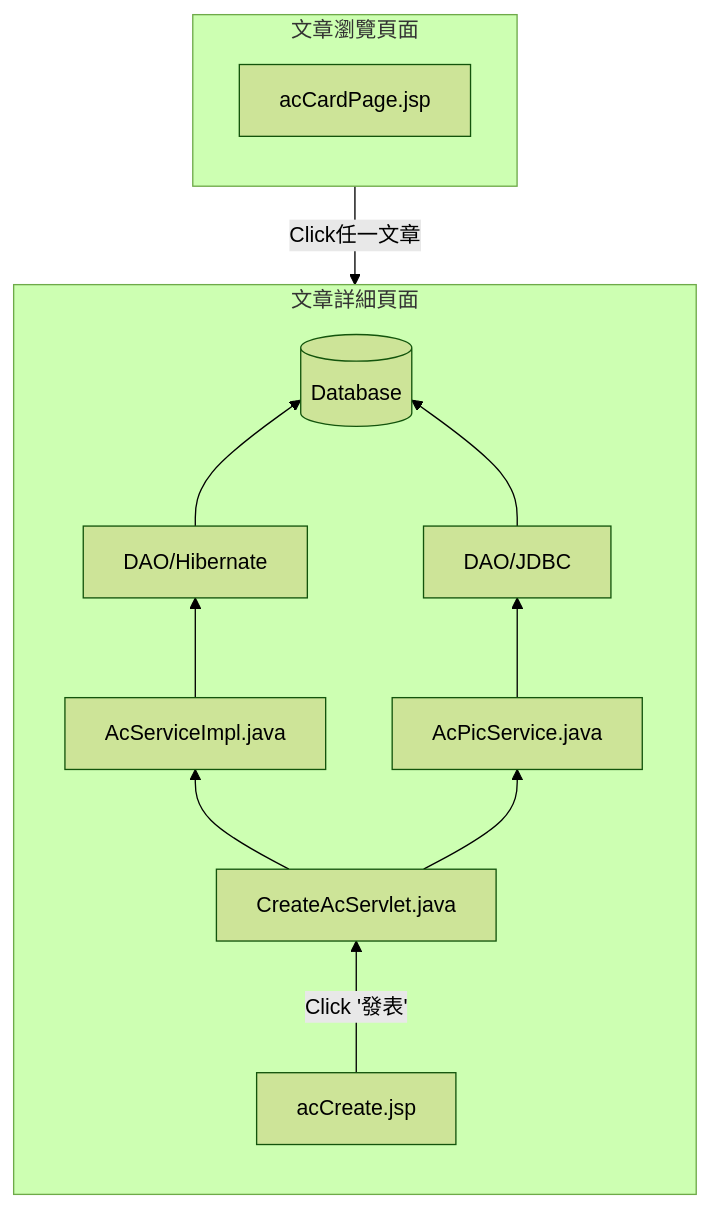
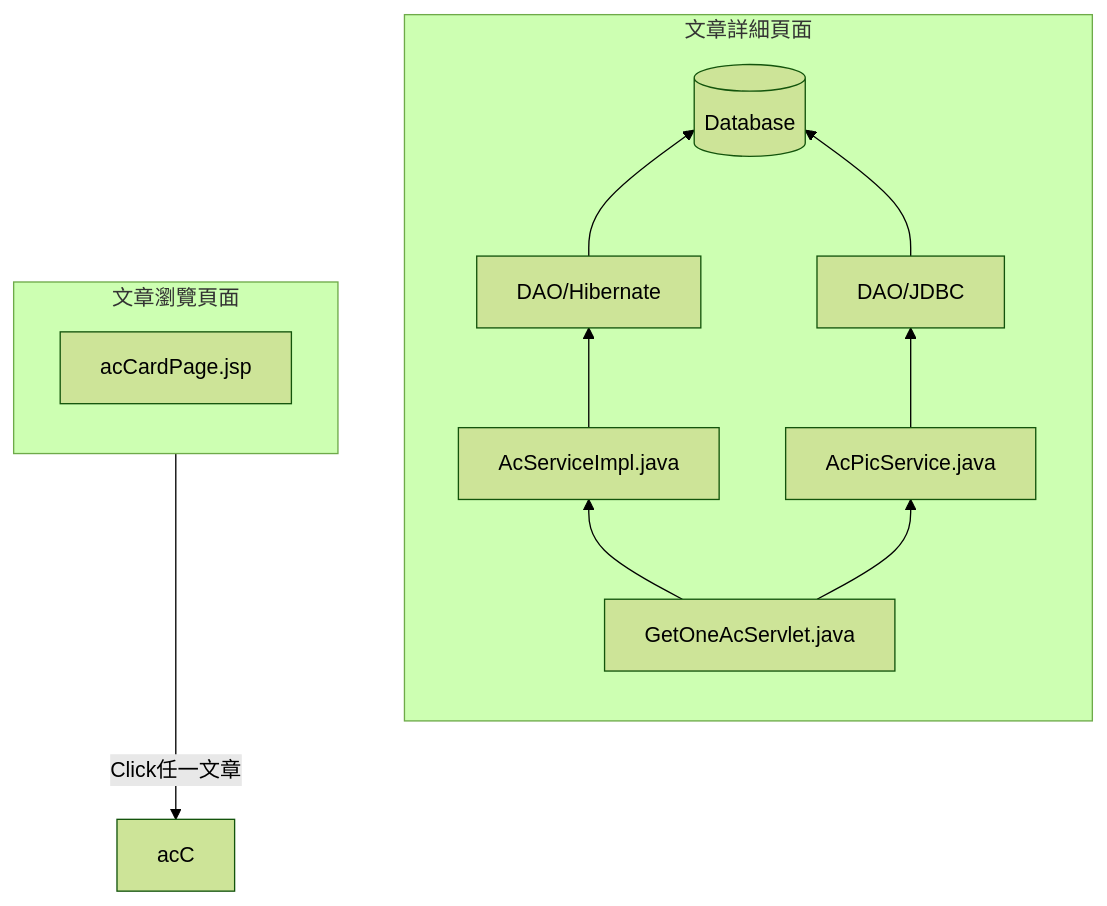
Diagram 11 of 12 in README.md (TLexYuW/CGA103G1OwnPart), drawn with Mermaid (forest theme) before and after one commit.

Commit message:
LexVaultBackup: 2022-09-12 20:53:36
Affected files:
README.md

````diff
--- a/README.md
+++ b/README.md
@@ -263,22 +263,22 @@
 ```mermaid
 graph TB
 	
 	subgraph 文章詳細頁面
 	direction BT
-	acC[acCreate.jsp] -->|Click '發表'| CAS[GetOneAcServlet.java] --> ASI[AcServiceImpl.java] 
+	GOAS[GetOneAcServlet.java] --> ASI[AcServiceImpl.java] 
 	--> H[DAO/Hibernate] --> DB[(Database)]
 	end
 	
 	subgraph 文章詳細頁面
 	direction BT
-	CAS[CreateAcServlet.java] --> APS[AcPicService.java] 
+	GOAS[GetOneAcServlet.java] --> APS[AcPicService.java] 
 	--> DAO[DAO/JDBC] --> DB[(Database)]
 	end
 	
 	subgraph 文章瀏覽頁面
 	direction BT
 	acCP[acCardPage.jsp]
 	end
 	
 	acCP -->|Click任一文章| acC
 ```
````
